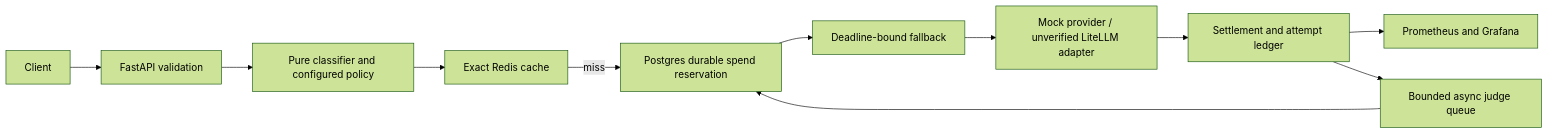
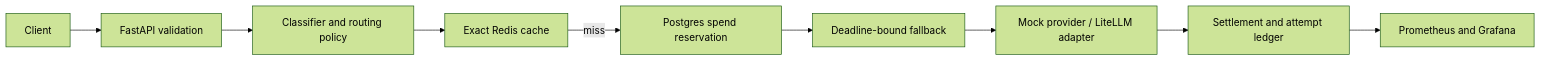
The diagram in README.md (nse4real/model-router), drawn with Mermaid (forest theme) before and after one commit. The commit also changed other lines of this file, not shown here.

```diff
--- a/README.md
+++ b/README.md
@@ -74,13 +67,11 @@
 ~~~mermaid
 flowchart LR
   C[Client] --> A[FastAPI validation]
-  A --> H[Pure classifier and configured policy]
+  A --> H[Classifier and routing policy]
   H --> R[Exact Redis cache]
-  R -->|miss| S[Postgres durable spend reservation]
+  R -->|miss| S[Postgres spend reservation]
   S --> F[Deadline-bound fallback]
-  F --> M[Mock provider / unverified LiteLLM adapter]
+  F --> M[Mock provider / LiteLLM adapter]
   M --> L[Settlement and attempt ledger]
   L --> P[Prometheus and Grafana]
-  L --> Q[Bounded async judge queue]
-  Q --> S
 ~~~
```
